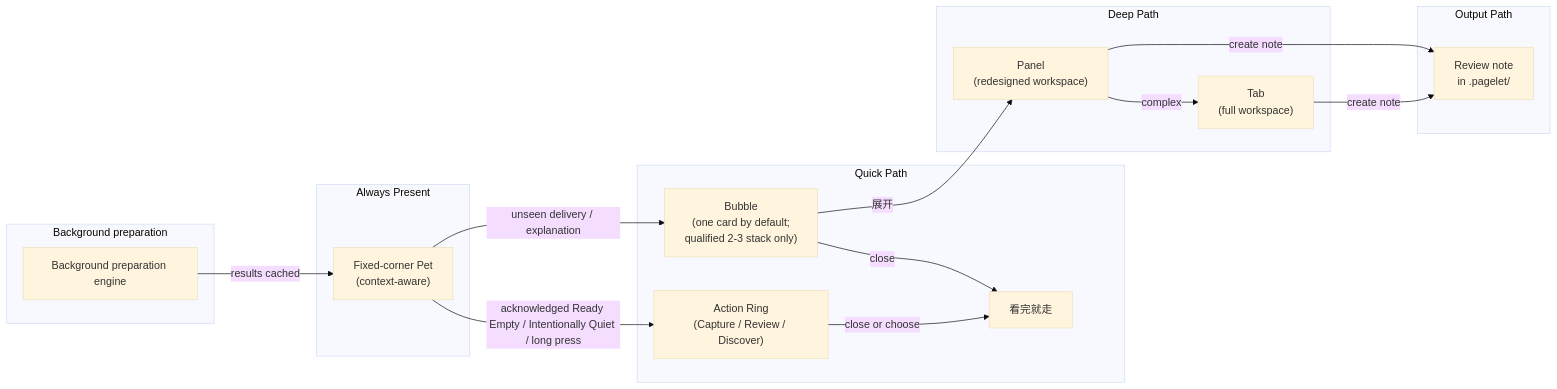
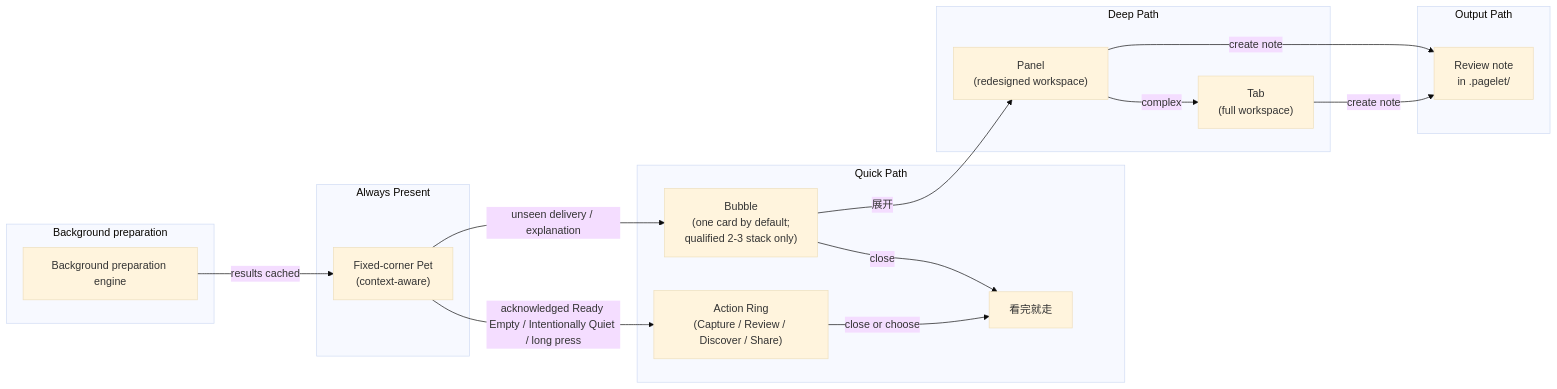
One commit to edonyzpc/personal-assistant changed the first of 2 diagrams in docs/product/pagelet-product-design.md. Above: the diagram before and after it, drawn with Mermaid (base theme). The commit also changed other lines of this file and 14 other files, not shown here.

````diff
--- a/docs/product/pagelet-product-design.md
+++ b/docs/product/pagelet-product-design.md
@@ -68,27 +68,27 @@
 ```mermaid
 flowchart LR
   subgraph "Always Present"
     Pet["Fixed-corner Pet<br/>(context-aware)"]
   end
 
   subgraph "Quick Path"
     Pet -->|unseen delivery / explanation| Bubble["Bubble<br/>(one card by default;<br/>qualified 2-3 stack only)"]
-    Pet -->|acknowledged Ready Empty / Intentionally Quiet / long press| Ring["Action Ring<br/>(Capture / Review / Discover)"]
+    Pet -->|acknowledged Ready Empty / Intentionally Quiet / long press| Ring["Action Ring<br/>(Capture / Review / Discover / Share)"]
     Bubble -->|close| Done1["看完就走"]
     Ring -->|close or choose| Done1
   end
 
   subgraph "Deep Path"
     Bubble -->|"展开"| Panel["Panel<br/>(redesigned workspace)"]
     Panel -->|complex| Tab["Tab<br/>(full workspace)"]
   end
 
   subgraph "Output Path"
     Panel -->|"create note"| Note["Review note<br/>in .pagelet/"]
     Tab -->|"create note"| Note
   end
 
   subgraph "Background preparation"
     BG["Background preparation engine"] -->|results cached| Pet
   end
 ```
````
